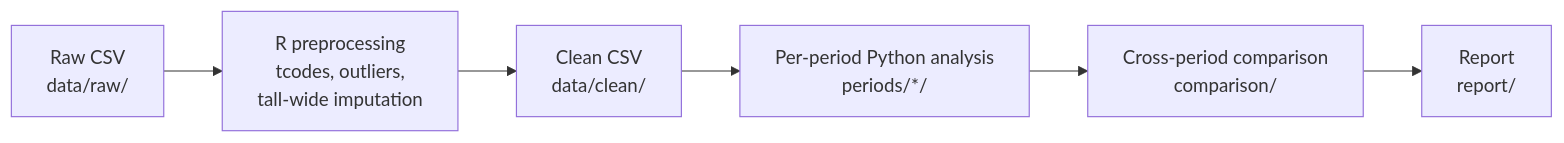
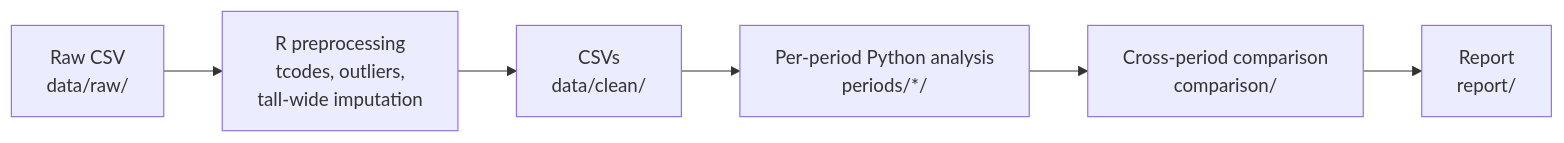
Before and after one commit to ThevinSilva/Fred-MD: the diagram in README.md, drawn with Mermaid. The commit also changed other lines of this file and 7 other files, not shown here.

````diff
--- a/README.md
+++ b/README.md
@@ -15,8 +16,8 @@
 ```mermaid
 flowchart LR
     A[Raw CSV<br/>data/raw/] --> B[R preprocessing<br/>tcodes, outliers,<br/>tall-wide imputation]
-    B --> C[Clean CSV<br/>data/clean/]
+    B --> C[CSVs<br/>data/clean/]
     C --> D[Per-period Python analysis<br/>periods/*/]
     D --> E[Cross-period comparison<br/>comparison/]
     E --> F[Report<br/>report/]
 ```
````
